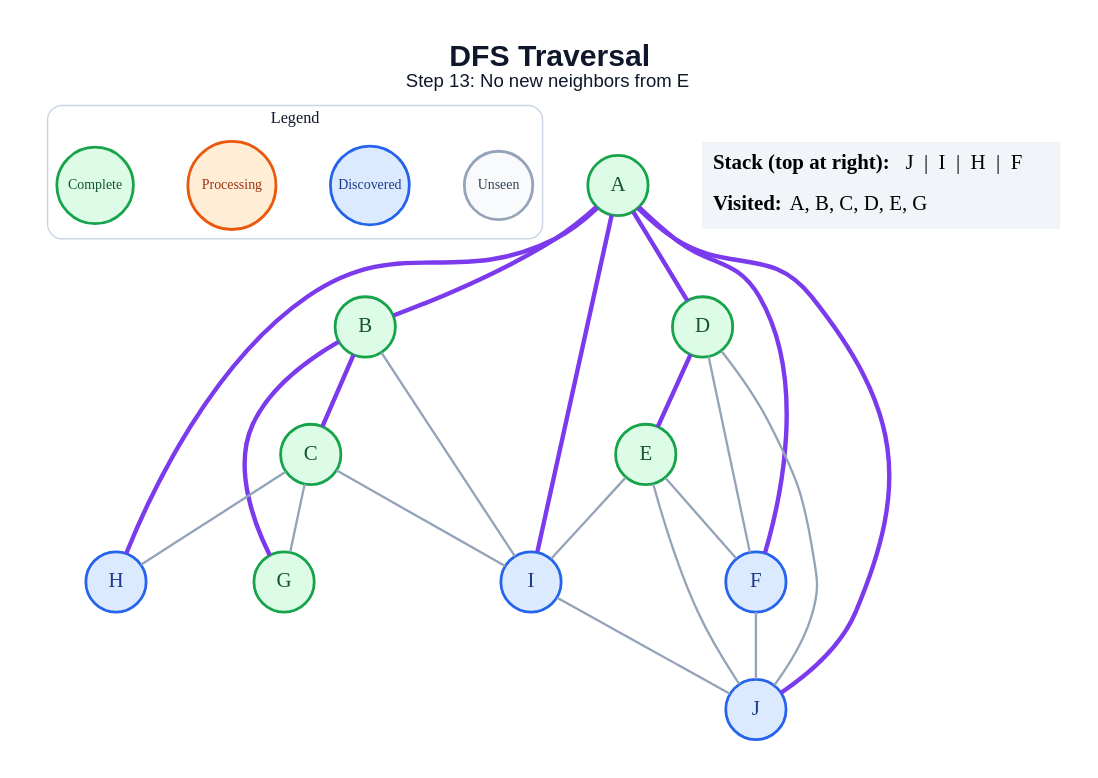
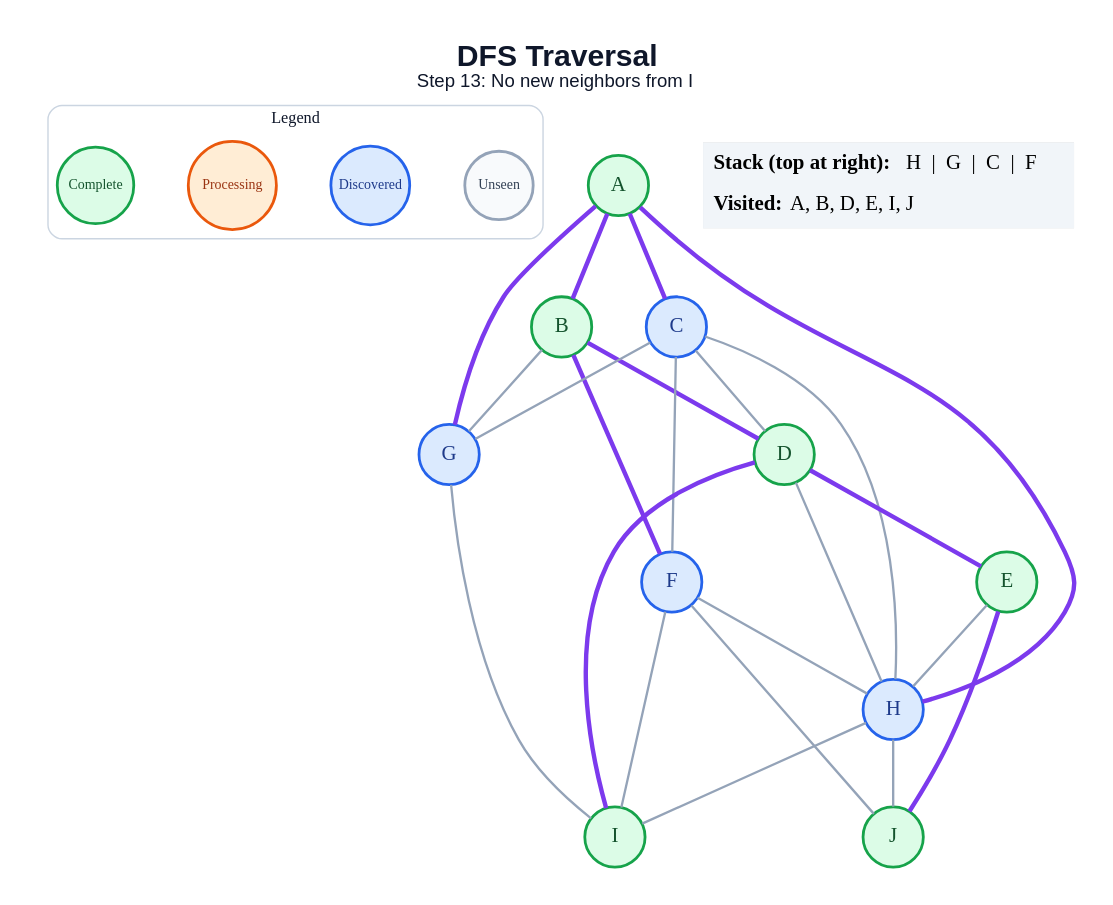
The diagram in generated/dfs/step_13.dot (anon7238593-create/ai-slop), drawn with Graphviz before and after one commit. The commit also changed 178 other files, not shown here.

```diff
--- a/generated/dfs/step_13.dot
+++ b/generated/dfs/step_13.dot
@@ -1,49 +1,51 @@
 graph traversal {
   graph [layout=dot, rankdir=TB, bgcolor="#FFFFFF", pad="0.35", nodesep="0.65", ranksep="0.8", fontname="Arial"];
   node [shape=circle, style="filled", fontname="Arial Bold", fontsize=18, width=0.72, fixedsize=true, penwidth=2.4];
   edge [color="#94A3B8", penwidth=2.0];
-  label=<<B>DFS Traversal</B><BR/><FONT POINT-SIZE="16">Step 13: No new neighbors from E</FONT>>; labelloc="t"; fontsize=26; fontname="Arial"; fontcolor="#0F172A";
+  label=<<B>DFS Traversal</B><BR/><FONT POINT-SIZE="16">Step 13: No new neighbors from I</FONT>>; labelloc="t"; fontsize=26; fontname="Arial"; fontcolor="#0F172A";
   subgraph cluster_legend { label="Legend"; color="#CBD5E1"; penwidth=1.2; style="rounded"; fontsize=14; fontname="Arial Bold";
     key_unseen [label="Unseen", fillcolor="#F8FAFC", color="#94A3B8", fontcolor="#334155", fontsize=12, width=0.82];
     key_frontier [label="Discovered", fillcolor="#DBEAFE", color="#2563EB", fontcolor="#1E3A8A", fontsize=12, width=0.95];
     key_current [label="Processing", fillcolor="#FFEDD5", color="#EA580C", fontcolor="#9A3412", fontsize=12, width=1.05];
     key_done [label="Complete", fillcolor="#DCFCE7", color="#16A34A", fontcolor="#14532D", fontsize=12, width=0.92];
     { rank=same; key_unseen; key_frontier; key_current; key_done; }
   }
   A [fillcolor="#DCFCE7", color="#16A34A", fontcolor="#14532D"];
   B [fillcolor="#DCFCE7", color="#16A34A", fontcolor="#14532D"];
-  C [fillcolor="#DCFCE7", color="#16A34A", fontcolor="#14532D"];
+  C [fillcolor="#DBEAFE", color="#2563EB", fontcolor="#1E3A8A"];
   D [fillcolor="#DCFCE7", color="#16A34A", fontcolor="#14532D"];
   E [fillcolor="#DCFCE7", color="#16A34A", fontcolor="#14532D"];
   F [fillcolor="#DBEAFE", color="#2563EB", fontcolor="#1E3A8A"];
-  G [fillcolor="#DCFCE7", color="#16A34A", fontcolor="#14532D"];
+  G [fillcolor="#DBEAFE", color="#2563EB", fontcolor="#1E3A8A"];
   H [fillcolor="#DBEAFE", color="#2563EB", fontcolor="#1E3A8A"];
-  I [fillcolor="#DBEAFE", color="#2563EB", fontcolor="#1E3A8A"];
-  J [fillcolor="#DBEAFE", color="#2563EB", fontcolor="#1E3A8A"];
+  I [fillcolor="#DCFCE7", color="#16A34A", fontcolor="#14532D"];
+  J [fillcolor="#DCFCE7", color="#16A34A", fontcolor="#14532D"];
   A -- B [color="#7C3AED", penwidth=3.8];
-  A -- D [color="#7C3AED", penwidth=3.8];
-  A -- F [color="#7C3AED", penwidth=3.8];
+  A -- C [color="#7C3AED", penwidth=3.8];
+  A -- G [color="#7C3AED", penwidth=3.8];
   A -- H [color="#7C3AED", penwidth=3.8];
-  A -- I [color="#7C3AED", penwidth=3.8];
-  A -- J [color="#7C3AED", penwidth=3.8];
-  B -- C [color="#7C3AED", penwidth=3.8];
-  B -- G [color="#7C3AED", penwidth=3.8];
-  B -- I;
+  B -- D [color="#7C3AED", penwidth=3.8];
+  B -- F [color="#7C3AED", penwidth=3.8];
+  B -- G;
+  C -- D;
+  C -- F;
   C -- G;
   C -- H;
-  C -- I;
   D -- E [color="#7C3AED", penwidth=3.8];
-  D -- F;
-  D -- J;
-  E -- F;
-  E -- I;
-  E -- J;
+  D -- H;
+  D -- I [color="#7C3AED", penwidth=3.8];
+  E -- H;
+  E -- J [color="#7C3AED", penwidth=3.8];
+  F -- H;
+  F -- I;
   F -- J;
-  I -- J;
+  G -- I;
+  H -- I;
+  H -- J;
   status [shape=plain, fixedsize=false, width=0, height=0, margin=0, label=<
     <TABLE BORDER="0" CELLBORDER="0" CELLPADDING="7" BGCOLOR="#F1F5F9">
-      <TR><TD ALIGN="LEFT"><B>Stack (top at right):</B> J  |  I  |  H  |  F</TD></TR>
-      <TR><TD ALIGN="LEFT"><B>Visited:</B> A, B, C, D, E, G</TD></TR>
+      <TR><TD ALIGN="LEFT"><B>Stack (top at right):</B> H  |  G  |  C  |  F</TD></TR>
+      <TR><TD ALIGN="LEFT"><B>Visited:</B> A, B, D, E, I, J</TD></TR>
     </TABLE>
   >];
 }
```
